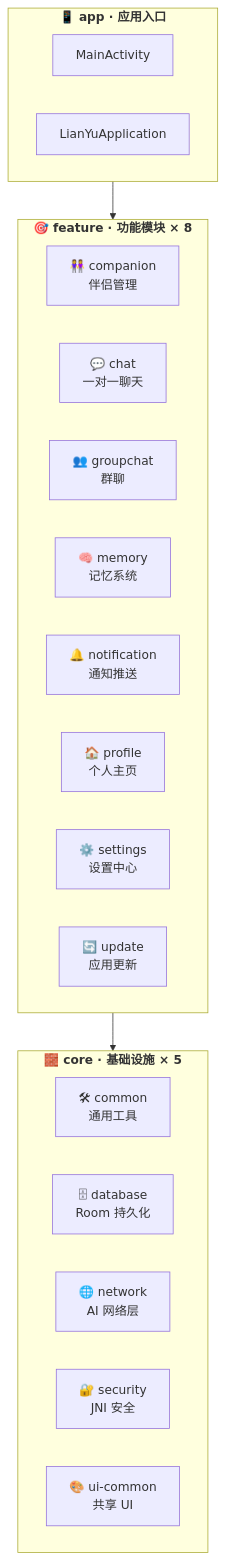
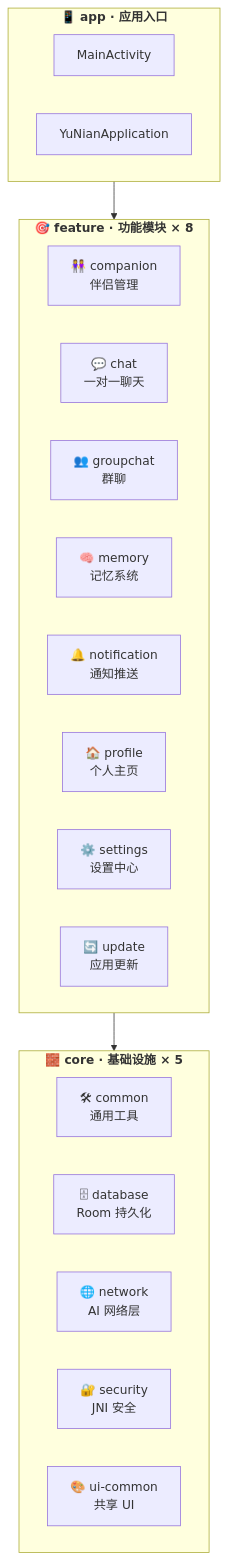
The diagram in README.md (BB0813/YuNian-iOS), drawn with Mermaid before and after one commit. The commit also changed other lines of this file and 1613 other files, not shown here.

````diff
--- a/README.md
+++ b/README.md
@@ -73,32 +73,32 @@
 ```mermaid
 graph TB
     subgraph app["<b>📱 app · 应用入口</b>"]
         direction LR
         MainActivity["MainActivity"]
-        Application["LianYuApplication"]
+        Application["YuNianApplication"]
     end
 
     subgraph feature["<b>🎯 feature · 功能模块 × 8</b>"]
         direction LR
         f1["👭 companion<br/>伴侣管理"]
         f2["💬 chat<br/>一对一聊天"]
         f3["👥 groupchat<br/>群聊"]
         f4["🧠 memory<br/>记忆系统"]
         f5["🔔 notification<br/>通知推送"]
         f6["🏠 profile<br/>个人主页"]
         f7["⚙️ settings<br/>设置中心"]
         f8["🔄 update<br/>应用更新"]
     end
 
     subgraph core["<b>🧱 core · 基础设施 × 5</b>"]
         direction LR
         c1["🛠 common<br/>通用工具"]
         c2["🗄 database<br/>Room 持久化"]
         c3["🌐 network<br/>AI 网络层"]
         c4["🔐 security<br/>JNI 安全"]
         c5["🎨 ui-common<br/>共享 UI"]
     end
 
     app --> feature
     feature --> core
 ```
````
